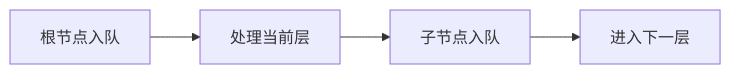
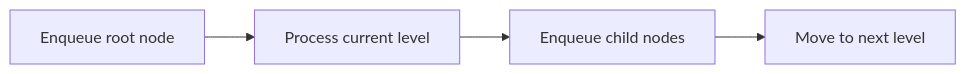
Before and after one commit to HONGLEI111/hhlblog-global: the diagram in src/content/technology/level-order-traversal.md, drawn with Mermaid. The commit also changed 33 other files, not shown here.

First line of the commit message:
content(code): 翻译 mermaid 图节点标签（34 文件 / 267 处）

````diff
--- a/src/content/technology/level-order-traversal.md
+++ b/src/content/technology/level-order-traversal.md
@@ -202,6 +202,6 @@
 ```mermaid
 graph LR
-    A[根节点入队] --> B[处理当前层]
-    B --> C[子节点入队]
-    C --> D[进入下一层]
+    A[Enqueue root node] --> B[Process current level]
+    B --> C[Enqueue child nodes]
+    C --> D[Move to next level]
 ```
````
